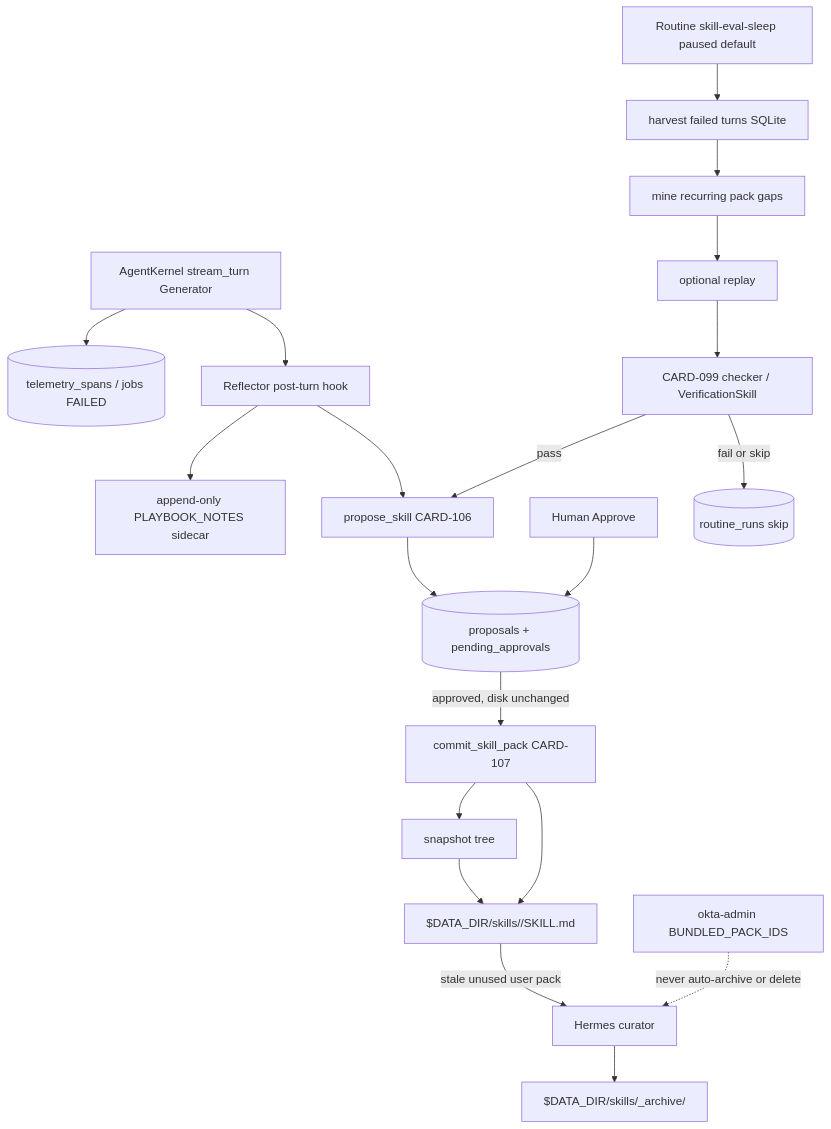
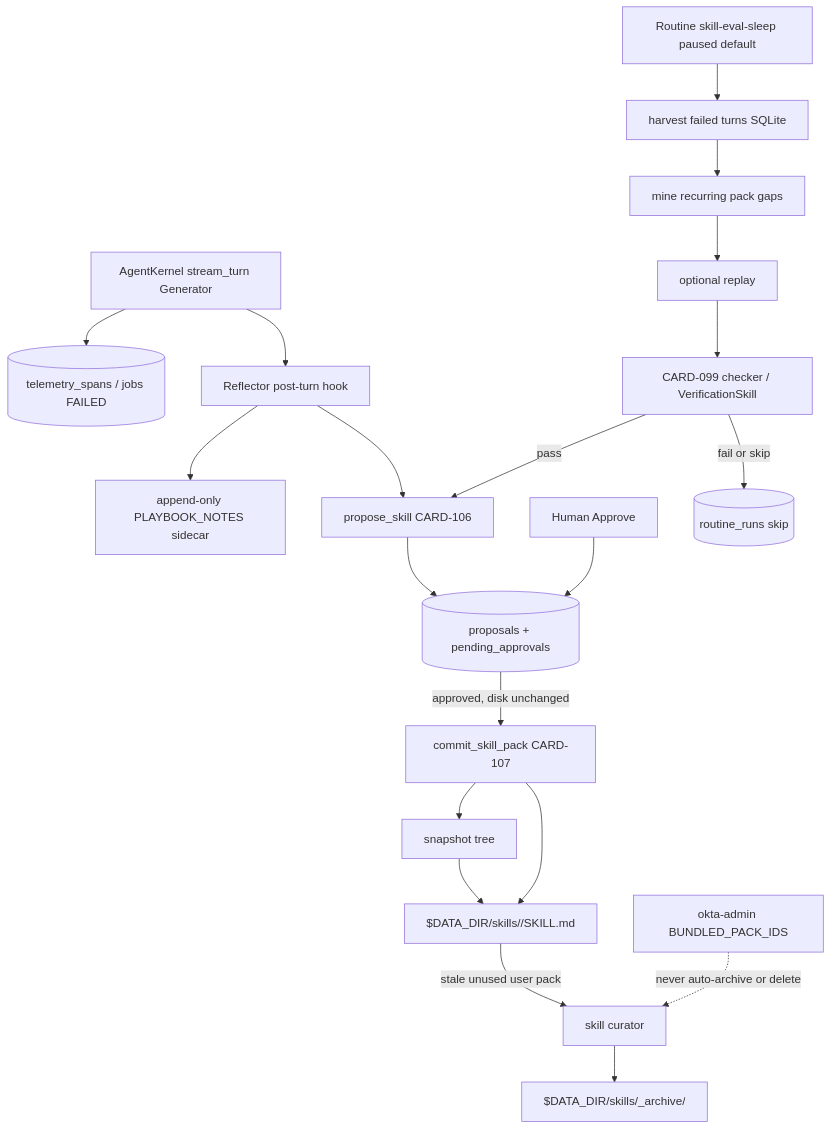
The first of 4 diagrams in docs/specs/skill-self-improve/design.md (jacobbweber/AutoReiv), drawn with Mermaid before and after one commit. The commit also changed other lines of this file and 25 other files, not shown here.

````diff
--- a/docs/specs/skill-self-improve/design.md
+++ b/docs/specs/skill-self-improve/design.md
@@ -13,22 +13,22 @@
 ```mermaid
 graph TD
     Turn[AgentKernel stream_turn Generator] --> Tele[(telemetry_spans / jobs FAILED)]
     Turn --> Refl[Reflector post-turn hook]
     Refl --> Note[append-only PLAYBOOK_NOTES sidecar]
     Refl --> Prop[propose_skill CARD-106]
     Prop --> HITL[(proposals + pending_approvals)]
     Human[Human Approve] --> HITL
     HITL -->|approved, disk unchanged| Commit[commit_skill_pack CARD-107]
     Snap[snapshot tree] --> Pack["$DATA_DIR/skills/<id>/SKILL.md"]
     Commit --> Snap
     Commit --> Pack
     Night[Routine skill-eval-sleep paused default] --> Harvest[harvest failed turns SQLite]
     Harvest --> Mine[mine recurring pack gaps]
     Mine --> Replay[optional replay]
     Replay --> Gate[CARD-099 checker / VerificationSkill]
     Gate -->|pass| Prop
     Gate -->|fail or skip| Runs[(routine_runs skip)]
-    Curator[Hermes curator] --> Archive["$DATA_DIR/skills/_archive/"]
+    Curator[skill curator] --> Archive["$DATA_DIR/skills/_archive/"]
     Pack -->|stale unused user pack| Curator
     Seed[okta-admin BUNDLED_PACK_IDS] -.->|never auto-archive or delete| Curator
 ```
````
